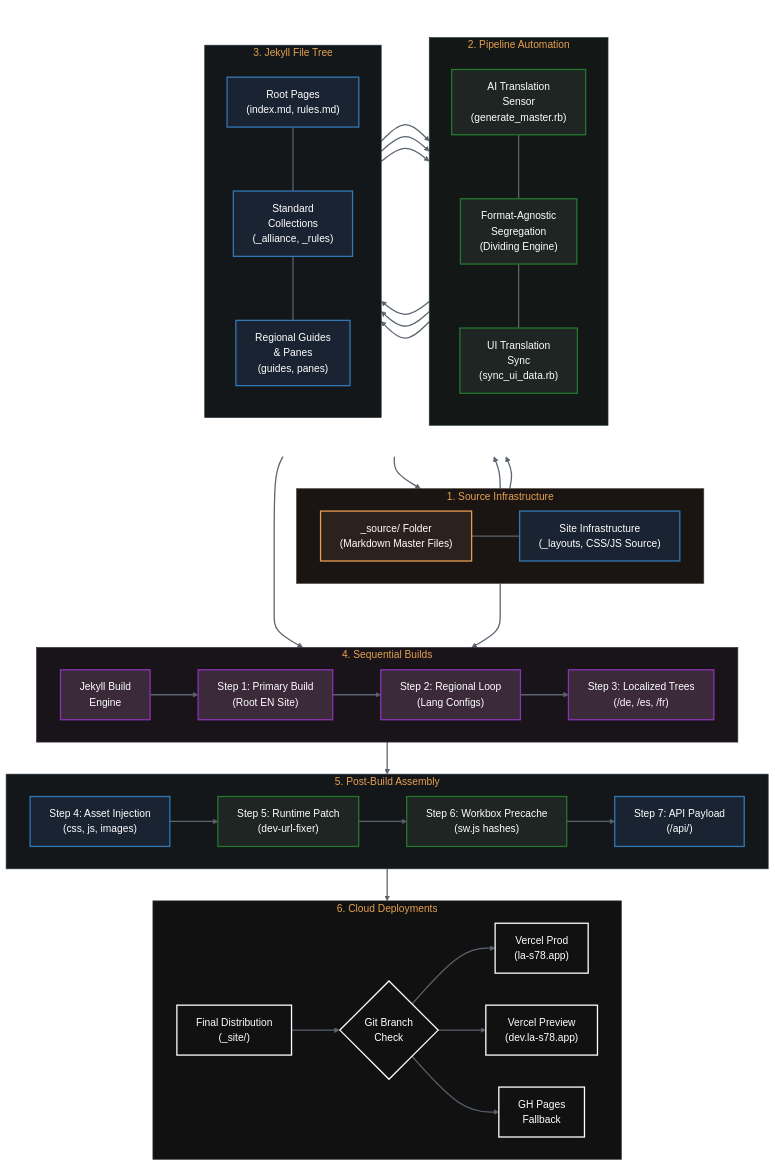
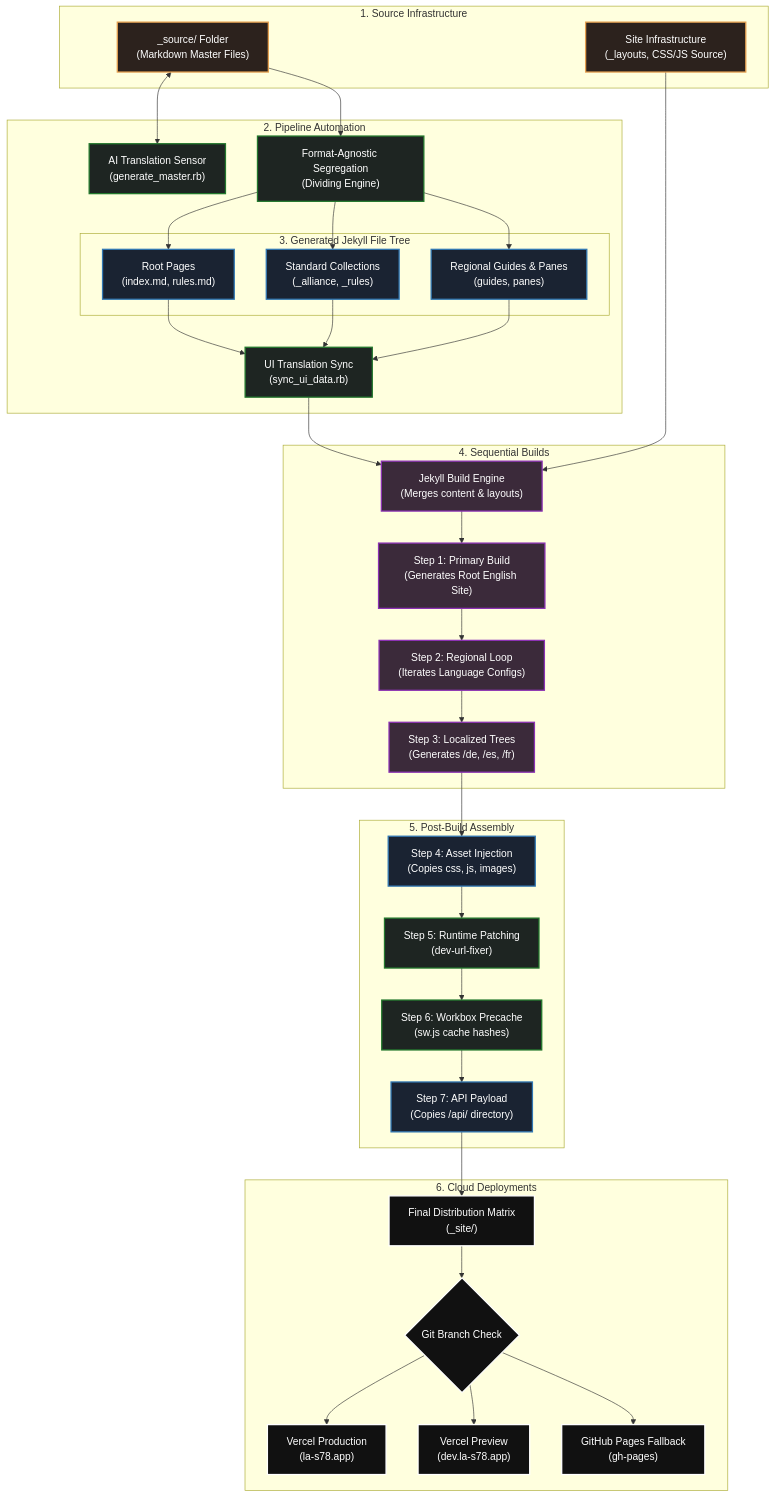
The diagram in test/architecture.md (LA-S78/la-s78.github.io), drawn with Mermaid before and after one commit. The commit also changed other lines of this file, not shown here.

Commit message:
mermaid improvements

```diff
--- a/test/architecture.md
+++ b/test/architecture.md
@@ -11,114 +10,81 @@
-  <pre class="mermaid" style="background-color: transparent; border: none;">
-    graph TB
-    %% Master Styles
+  <pre class="mermaid">
+    graph TD
+    %% ===========================================================
+    %% 1. Source Infrastructure
+    %% ===========================================================
+    subgraph Input_Phase [1. Source Infrastructure]
+        A1[" _source/ Folder<br>(Markdown Master Files) "]
+        A2[" Site Infrastructure<br>(_layouts, CSS/JS Source) "]
+    end
+
+    %% ===========================================================
+    %% 2 & 3. Pipeline Automation (With Nested File Tree)
+    %% ===========================================================
+    subgraph Script_Engine [2. Pipeline Automation]
+        B[" AI Translation Sensor<br>(generate_master.rb) "]
+        C[" Format-Agnostic Segregation<br>(Dividing Engine) "]
+        
+        subgraph Asset_Tree [3. Generated Jekyll File Tree]
+            E1[" Root Pages<br>(index.md, rules.md) "]
+            E2[" Standard Collections<br>(_alliance, _rules) "]
+            E3[" Regional Guides & Panes<br>(guides, panes) "]
+        end
+        
+        D[" UI Translation Sync<br>(sync_ui_data.rb) "]
+    end
+
+    %% ===========================================================
+    %% 4. Compilation Loop
+    %% ===========================================================
+    subgraph Compilation_Loop [4. Sequential Builds]
+        F[" Jekyll Build Engine<br>(Merges content & layouts) "]
+        G[" Step 1: Primary Build<br>(Generates Root English Site) "]
+        H[" Step 2: Regional Loop<br>(Iterates Language Configs) "]
+        I[" Step 3: Localized Trees<br>(Generates /de, /es, /fr) "]
+    end
+
+    %% ===========================================================
+    %% 5. Post-Build Assembly
+    %% ===========================================================
+    subgraph Post_Processing [5. Post-Build Assembly]
+        J1[" Step 4: Asset Injection<br>(Copies css, js, images) "]
+        J2[" Step 5: Runtime Patching<br>(dev-url-fixer) "]
+        J3[" Step 6: Workbox Precache<br>(sw.js cache hashes) "]
+        J4[" Step 7: API Payload<br>(Copies /api/ directory) "]
+    end
+
+    %% ===========================================================
+    %% 6. Cloud Deployments
+    %% ===========================================================
+    subgraph Cloud_Hosting [6. Cloud Deployments]
+        K[" Final Distribution Matrix<br>(_site/) "]
+        M{" Git Branch Check "}
+        N[" Vercel Production<br>(la-s78.app) "]
+        O[" Vercel Preview<br>(dev.la-s78.app) "]
+        P[" GitHub Pages Fallback<br>(gh-pages) "]
+    end
+
+    %% Connections
+    A1 <--> B
+    A1 --> C
+    C --> E1 & E2 & E3
+    E1 & E2 & E3 --> D
+    D --> F
+    A2 --> F
+    F --> G --> H --> I
+    I --> J1 --> J2 --> J3 --> J4
+    J4 --> K --> M --> N & O & P
+
+    %% Classes (Original Block Colors)
     classDef source fill:#2c221d,stroke:#e6a050,stroke-width:2px,color:#fff;
     classDef script fill:#1e2522,stroke:#23782d,stroke-width:2px,color:#fff;
     classDef jekyll fill:#3b2a3a,stroke:#8c32b4,stroke-width:2px,color:#fff;
     classDef asset fill:#1a2332,stroke:#3278b4,stroke-width:2px,color:#fff;
     classDef deploy fill:#111,stroke:#fff,stroke-width:2px,color:#fff;
 
-    %% Subgraph Container & Gold Header Text Colors
-    style Input_Phase fill:#1a1513,stroke:#4a3b32,stroke-width:1px,color:#e6a050;
-    style Script_Engine fill:#131715,stroke:#2d4232,stroke-width:1px,color:#e6a050;
-    style Asset_Tree fill:#13171a,stroke:#2d3a42,stroke-width:1px,color:#e6a050;
-    style Compilation_Loop fill:#19141a,stroke:#3b2d42,stroke-width:1px,color:#e6a050;
-    style Post_Processing fill:#14171a,stroke:#2d3a42,stroke-width:1px,color:#e6a050;
-    style Cloud_Hosting fill:#111111,stroke:#444444,stroke-width:1px,color:#e6a050;
-    
-    %% Invisible Wrapper Style to force 2 & 3 side-by-side
-    style Core_Logic fill:none,stroke:none,color:transparent;
-
-    %% -----------------------------------------------------------
-    %% 1. Source (Top, Horizontal Layout)
-    subgraph Input_Phase [1. Source Infrastructure]
-        direction LR
-        A1[" _source/ Folder<br>(Markdown Master Files) "]
-        A2[" Site Infrastructure<br>(_layouts, CSS/JS Source) "]
-        
-        %% Invisible link to lock them horizontally
-        A1 ~~~ A2
-    end
-
-    %% -----------------------------------------------------------
-    %% 2 & 3. Wrapped in an invisible container for side-by-side columns
-    subgraph Core_Logic [" "]
-        direction LR
-        
-        subgraph Script_Engine [2. Pipeline Automation]
-            direction TB
-            B[" AI Translation<br>Sensor<br>(generate_master.rb) "]
-            C[" Format-Agnostic<br>Segregation<br>(Dividing Engine) "]
-            D[" UI Translation<br>Sync<br>(sync_ui_data.rb) "]
-            
-            %% Force strict vertical stacking inside this column
-            B ~~~ C ~~~ D
-        end
-
-        subgraph Asset_Tree [3. Jekyll File Tree]
-            direction TB
-            E1[" Root Pages<br>(index.md, rules.md) "]
-            E2[" Standard<br>Collections<br>(_alliance, _rules) "]
-            E3[" Regional Guides<br>& Panes<br>(guides, panes) "]
-            
-            %% Force strict vertical stacking inside this column
-            E1 ~~~ E2 ~~~ E3
-        end
-    end
-
-    %% -----------------------------------------------------------
-    %% 4. Compilation Loop (Bottom Row 1, Horizontal Layout)
-    subgraph Compilation_Loop [4. Sequential Builds]
-        direction LR
-        F[" Jekyll Build<br>Engine "] --> G[" Step 1: Primary Build<br>(Root EN Site) "] --> H[" Step 2: Regional Loop<br>(Lang Configs) "] --> I[" Step 3: Localized Trees<br>(/de, /es, /fr) "]
-    end
-
-    %% -----------------------------------------------------------
-    %% 5. Post Processing (Bottom Row 2, Horizontal Layout)
-    subgraph Post_Processing [5. Post-Build Assembly]
-        direction LR
-        J1[" Step 4: Asset Injection<br>(css, js, images) "] --> J2[" Step 5: Runtime Patch<br>(dev-url-fixer) "] --> J3[" Step 6: Workbox Precache<br>(sw.js hashes) "] --> J4[" Step 7: API Payload<br>(/api/) "]
-    end
-
-    %% -----------------------------------------------------------
-    %% 6. Cloud (Bottom Row 3, Horizontal Layout)
-    subgraph Cloud_Hosting [6. Cloud Deployments]
-        direction LR
-        K[" Final Distribution<br>(_site/) "] --> M{" Git Branch<br>Check "}
-        M --> N[" Vercel Prod<br>(la-s78.app) "]
-        M --> O[" Vercel Preview<br>(dev.la-s78.app) "]
-        M --> P[" GH Pages<br>Fallback "]
-    end
-
-    %% ===========================================================
-    %% Cross-Subgraph Data Flow Connections
-    
-    A1 --> B
-    B --> A1
-    A1 --> C
-
-    C --> E1
-    C --> E2
-    C --> E3
-
-    E1 --> D
-    E2 --> D
-    E3 --> D
-
-    %% A2 has an elongated arrow to bypass the middle rows cleanly
-    D --> F
-    A2 ---> F
-
-    I --> J1
-    J4 --> K
-
-    %% ===========================================================
-    %% Assign Node Classes
-    class A1 source;
-    class A2,E1,E2,E3,J1,J4 asset;
+    class A1,A2 source;
     class B,C,D,J2,J3 script;
     class F,G,H,I jekyll;
+    class E1,E2,E3,J1,J4 asset;
     class K,M,N,O,P deploy;
-
-    %% Mute global arrows so the text stands out
-    linkStyle default stroke:#5a636e,stroke-width:2px,fill:none;
   </pre>
```
